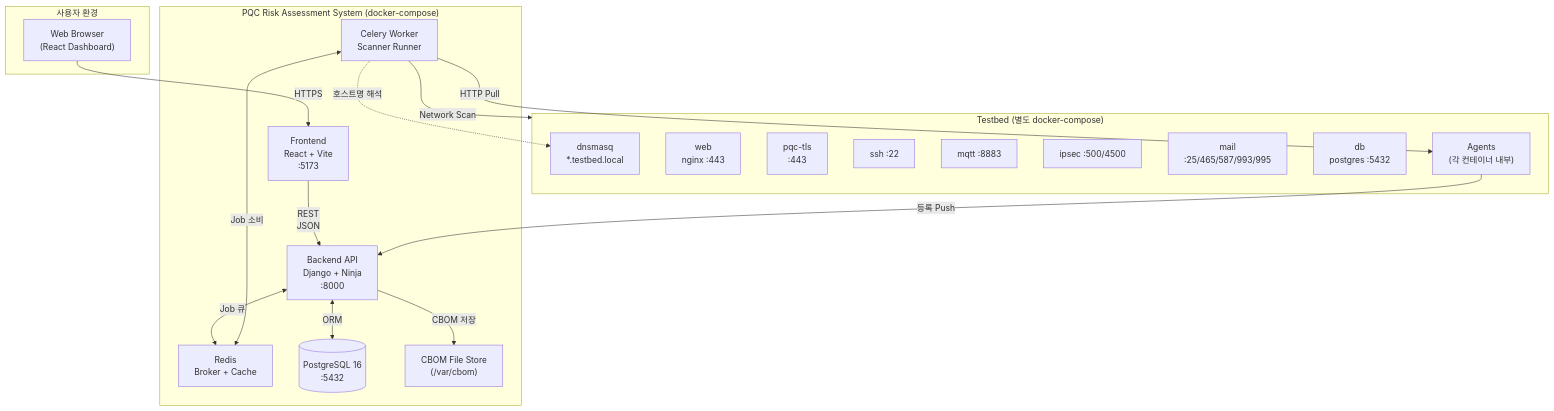
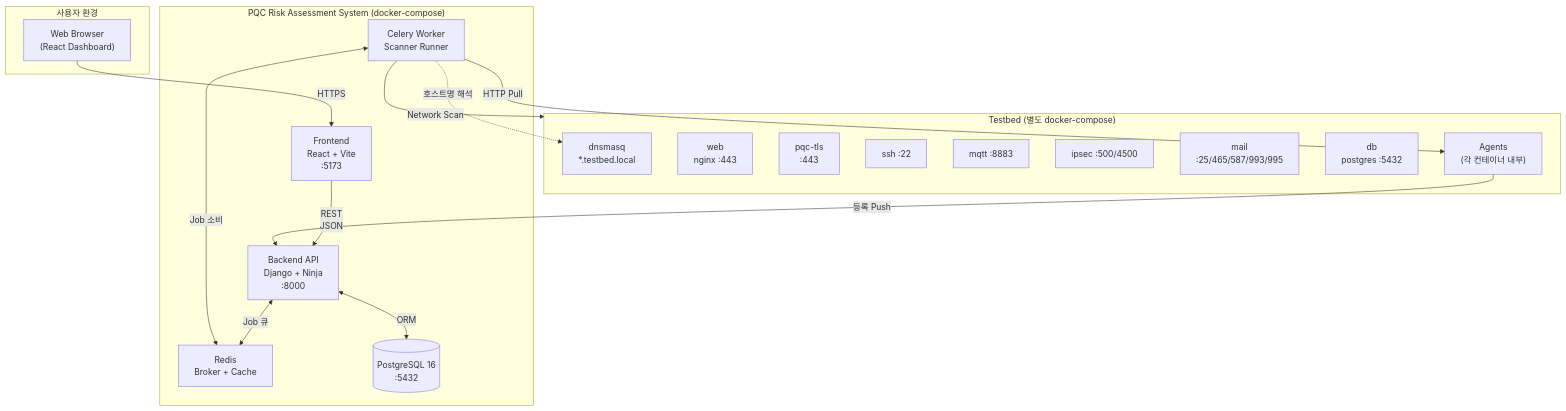
The first of 4 diagrams in docs/01-architecture.md (ehdgks0627/crypto-scanner), drawn with Mermaid before and after one commit. The commit also changed other lines of this file and 29 other files, not shown here.

````diff
--- a/docs/01-architecture.md
+++ b/docs/01-architecture.md
@@ -5,38 +5,36 @@
 ```mermaid
 flowchart TB
     subgraph User["사용자 환경"]
         Browser["Web Browser<br/>(React Dashboard)"]
     end
 
     subgraph SystemStack["PQC Risk Assessment System (docker-compose)"]
         Frontend["Frontend<br/>React + Vite<br/>:5173"]
         Backend["Backend API<br/>Django + Ninja<br/>:8000"]
         Worker["Celery Worker<br/>Scanner Runner"]
         Redis["Redis<br/>Broker + Cache"]
         DB[("PostgreSQL 16<br/>:5432")]
-        FileStore["CBOM File Store<br/>(/var/cbom)"]
     end
 
     subgraph Testbed["Testbed (별도 docker-compose)"]
         DNS["dnsmasq<br/>*.testbed.local"]
         Web["web<br/>nginx :443"]
         PQCTLS["pqc-tls<br/>:443"]
         SSH["ssh :22"]
         MQTT["mqtt :8883"]
         IPsec["ipsec :500/4500"]
         Mail["mail<br/>:25/465/587/993/995"]
         DBSvc["db<br/>postgres :5432"]
         Agents["Agents<br/>(각 컨테이너 내부)"]
     end
 
     Browser -->|HTTPS| Frontend
     Frontend -->|REST<br/>JSON| Backend
     Backend <-->|ORM| DB
     Backend <-->|Job 큐| Redis
     Worker <-->|Job 소비| Redis
     Worker -->|Network Scan| Testbed
     Worker -->|HTTP Pull| Agents
     Agents -->|등록 Push| Backend
-    Backend -->|CBOM 저장| FileStore
     Worker -.->|호스트명 해석| DNS
 ```
````
